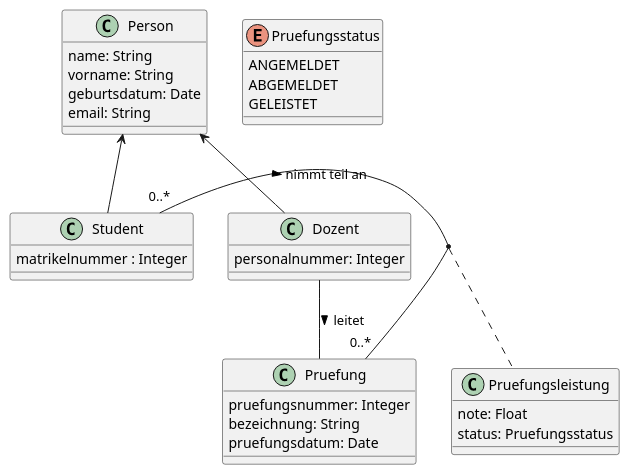
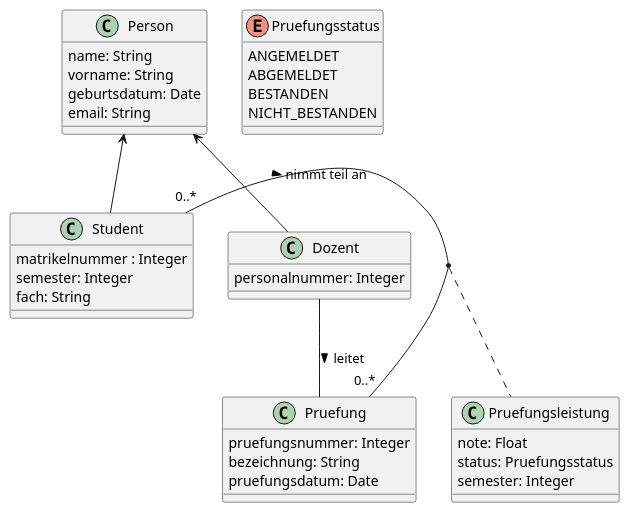
The diagram in uml/cd.pu (florensh/erp-sose16-frontend), drawn with PlantUML before and after one commit. The commit also changed 8 other files, not shown here.

```diff
--- a/uml/cd.pu
+++ b/uml/cd.pu
@@ -1,43 +1,47 @@
 @startuml
 
 class Person {
   name: String
   vorname: String
   geburtsdatum: Date
   email: String
 }
 
 class Student{
   matrikelnummer : Integer
+  semester: Integer
+  fach: String
 
 }
 
 class Pruefung {
   pruefungsnummer: Integer
   bezeichnung: String
   pruefungsdatum: Date
 
 }
 
 class Dozent {
   personalnummer: Integer
 }
 
 Student -up-> Person
 Dozent -up-> Person
 Dozent -- Pruefung: > leitet
 Student "0..*" - "0..*" Pruefung: > nimmt teil an
 (Student, Pruefung) .. Pruefungsleistung
 
 class Pruefungsleistung {
   note: Float
   status: Pruefungsstatus
+  semester: Integer
 }
 
 enum Pruefungsstatus {
   ANGEMELDET
   ABGEMELDET
-  GELEISTET
+  BESTANDEN
+  NICHT_BESTANDEN
 }
 
 @enduml
```
